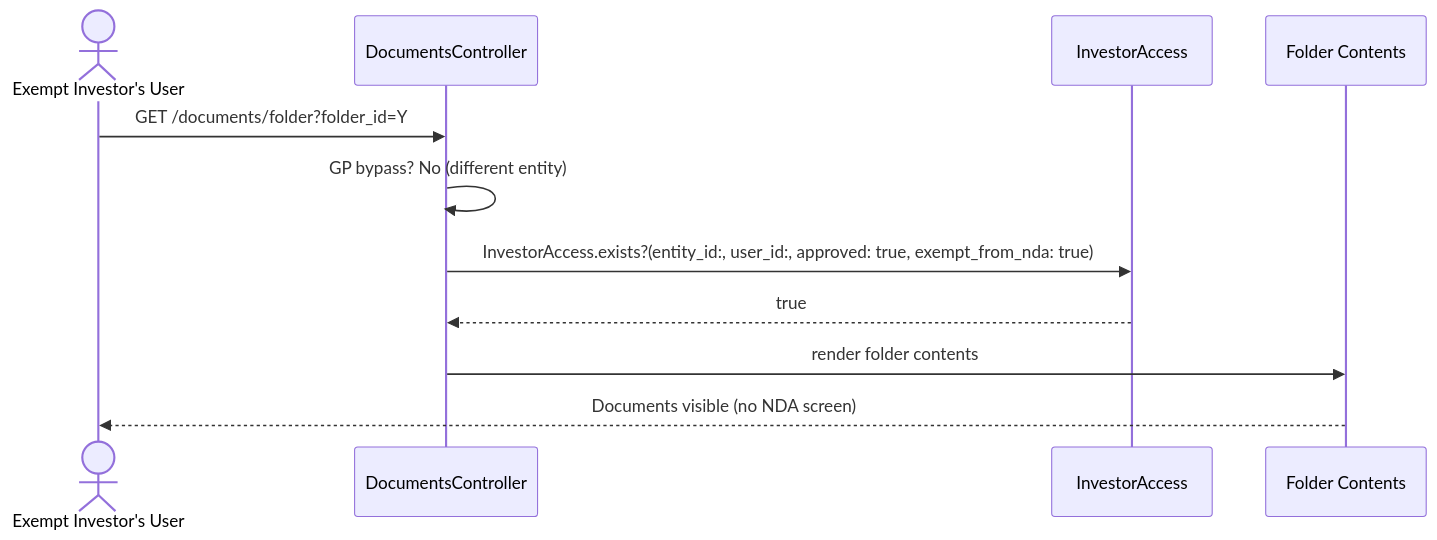
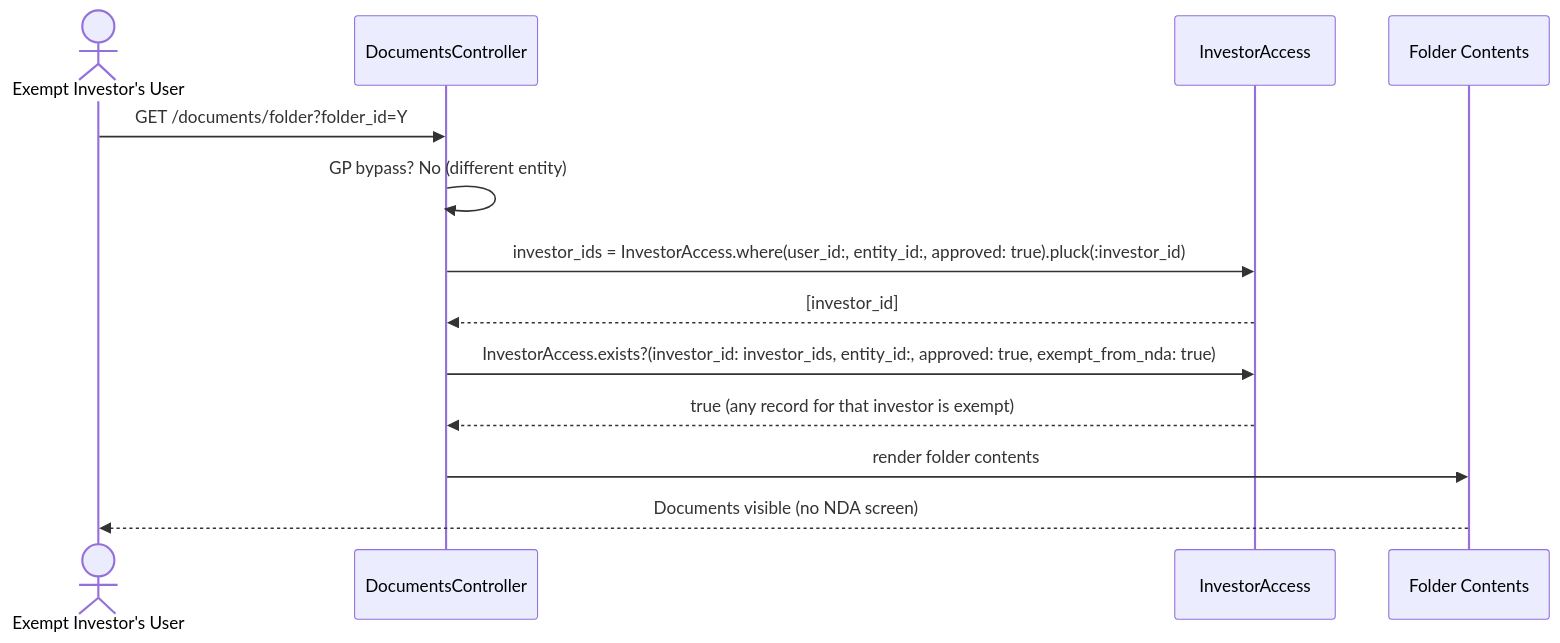
One commit to sampadadiwan/IRM_CompanyMain changed the seventh of 9 diagrams in openspec/changes/nda-data-room-module-3-gp-dashboard/design.md. Above: the diagram before and after it, drawn with Mermaid. The commit also changed other lines of this file and 5 other files, not shown here.

First line of the commit message:
docs: Move NDA exemption UI from per-user form to investor-level toggle

````diff
--- a/openspec/changes/nda-data-room-module-3-gp-dashboard/design.md
+++ b/openspec/changes/nda-data-room-module-3-gp-dashboard/design.md
@@ -287,14 +290,16 @@
 ```mermaid
 sequenceDiagram
     actor User as Exempt Investor's User
     participant Docs as DocumentsController
     participant IA as InvestorAccess
     participant Folder as Folder Contents
 
     User->>Docs: GET /documents/folder?folder_id=Y
     Docs->>Docs: GP bypass? No (different entity)
-    Docs->>IA: InvestorAccess.exists?(entity_id:, user_id:, approved: true, exempt_from_nda: true)
-    IA-->>Docs: true
+    Docs->>IA: investor_ids = InvestorAccess.where(user_id:, entity_id:, approved: true).pluck(:investor_id)
+    IA-->>Docs: [investor_id]
+    Docs->>IA: InvestorAccess.exists?(investor_id: investor_ids, entity_id:, approved: true, exempt_from_nda: true)
+    IA-->>Docs: true (any record for that investor is exempt)
     Docs->>Folder: render folder contents
     Folder-->>User: Documents visible (no NDA screen)
 ```
````
